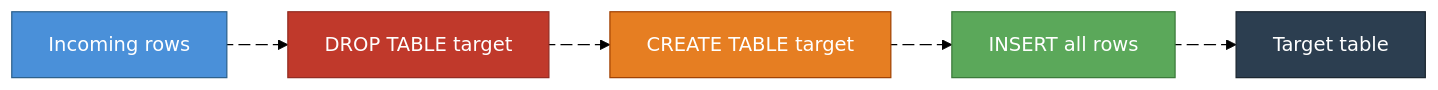
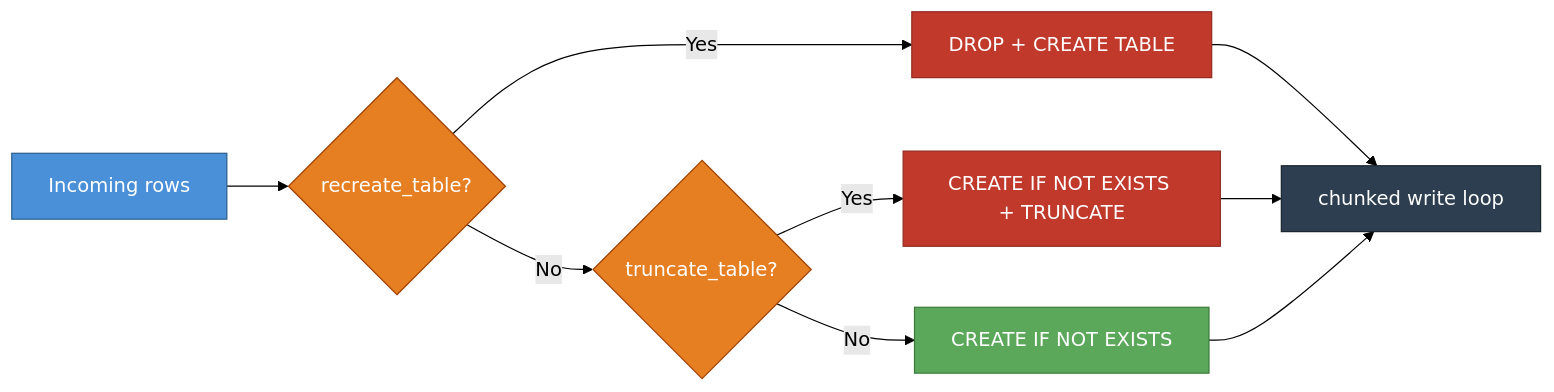
The second of 6 diagrams in bollhav/docs/MODES.md (ebremstedt/bollhav), drawn with Mermaid (forest theme) before and after one commit. The commit also changed other lines of this file and 65 other files, not shown here.

````diff
--- a/bollhav/docs/MODES.md
+++ b/bollhav/docs/MODES.md
@@ -33,18 +38,19 @@
 ```mermaid
 flowchart LR
-    A[Incoming rows] e1@--> B[DROP TABLE target]
-    B e2@--> C[CREATE TABLE target]
-    C e3@--> D[INSERT all rows]
-    D e4@--> E[Target table]
-
-    e1@{ animation: fast }
-    e2@{ animation: fast }
-    e3@{ animation: fast }
-    e4@{ animation: fast }
+    A[Incoming rows] --> B{recreate_table?}
+    B -- Yes --> C[DROP + CREATE TABLE]
+    B -- No --> D{truncate_table?}
+    D -- Yes --> E[CREATE IF NOT EXISTS + TRUNCATE]
+    D -- No --> F[CREATE IF NOT EXISTS]
+    C --> G[chunked write loop]
+    E --> G
+    F --> G
 
     style A fill:#4A90D9,stroke:#2C5F8A,color:#fff
-    style B fill:#C0392B,stroke:#922B21,color:#fff
-    style C fill:#E67E22,stroke:#A04000,color:#fff
-    style D fill:#5BA85A,stroke:#3A7A39,color:#fff
-    style E fill:#2C3E50,stroke:#1a252f,color:#fff
+    style B fill:#E67E22,stroke:#A04000,color:#fff
+    style C fill:#C0392B,stroke:#922B21,color:#fff
+    style D fill:#E67E22,stroke:#A04000,color:#fff
+    style E fill:#C0392B,stroke:#922B21,color:#fff
+    style F fill:#5BA85A,stroke:#3A7A39,color:#fff
+    style G fill:#2C3E50,stroke:#1a252f,color:#fff
 ```
````
